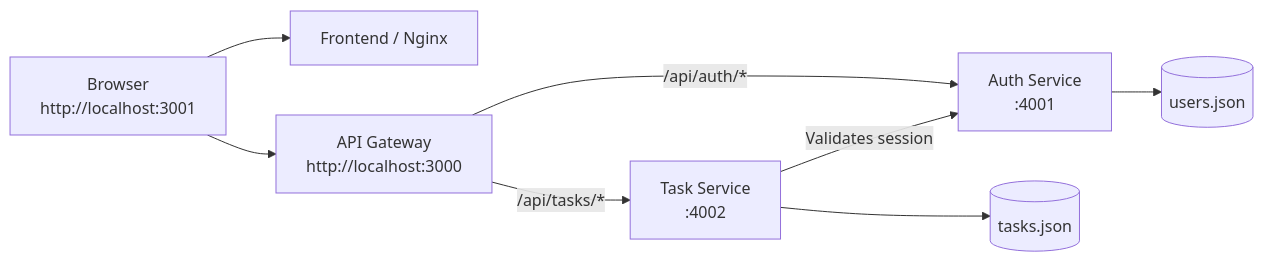
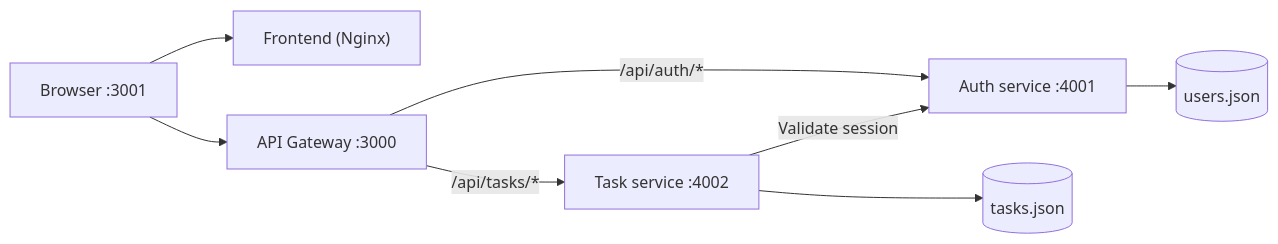
The diagram in README.md (rohamkokane/microservice-application), drawn with Mermaid before and after one commit. The commit also changed other lines of this file and 3 other files, not shown here.

````diff
--- a/README.md
+++ b/README.md
@@ -7,10 +17,10 @@
 ```mermaid
 flowchart LR
-    Browser["Browser\nhttp://localhost:3001"] --> Frontend["Frontend / Nginx"]
-    Browser --> Gateway["API Gateway\nhttp://localhost:3000"]
-    Gateway -->|"/api/auth/*"| Auth["Auth Service\n:4001"]
-    Gateway -->|"/api/tasks/*"| Tasks["Task Service\n:4002"]
-    Tasks -->|"Validates session"| Auth
+    Browser["Browser :3001"] --> Frontend["Frontend (Nginx)"]
+    Browser --> Gateway["API Gateway :3000"]
+    Gateway -->|"/api/auth/*"| Auth["Auth service :4001"]
+    Gateway -->|"/api/tasks/*"| Tasks["Task service :4002"]
+    Tasks -->|"Validate session"| Auth
     Auth --> Users[("users.json")]
     Tasks --> TaskData[("tasks.json")]
 ```
````
